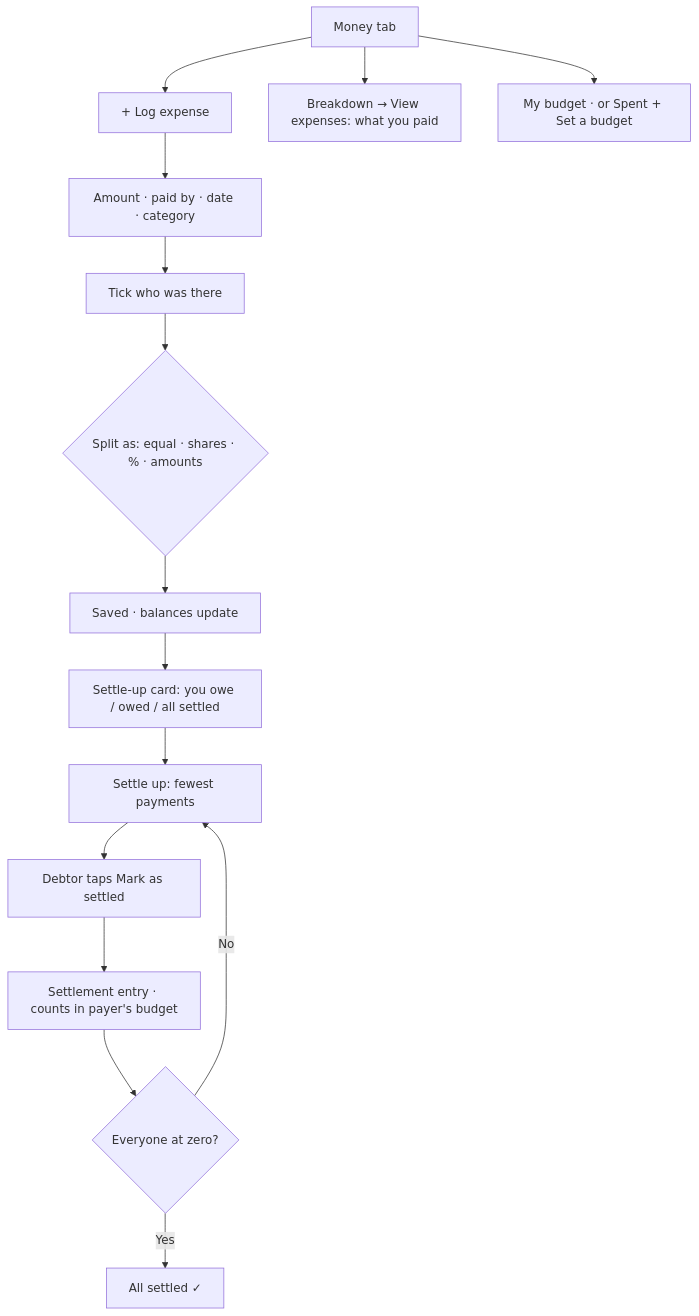
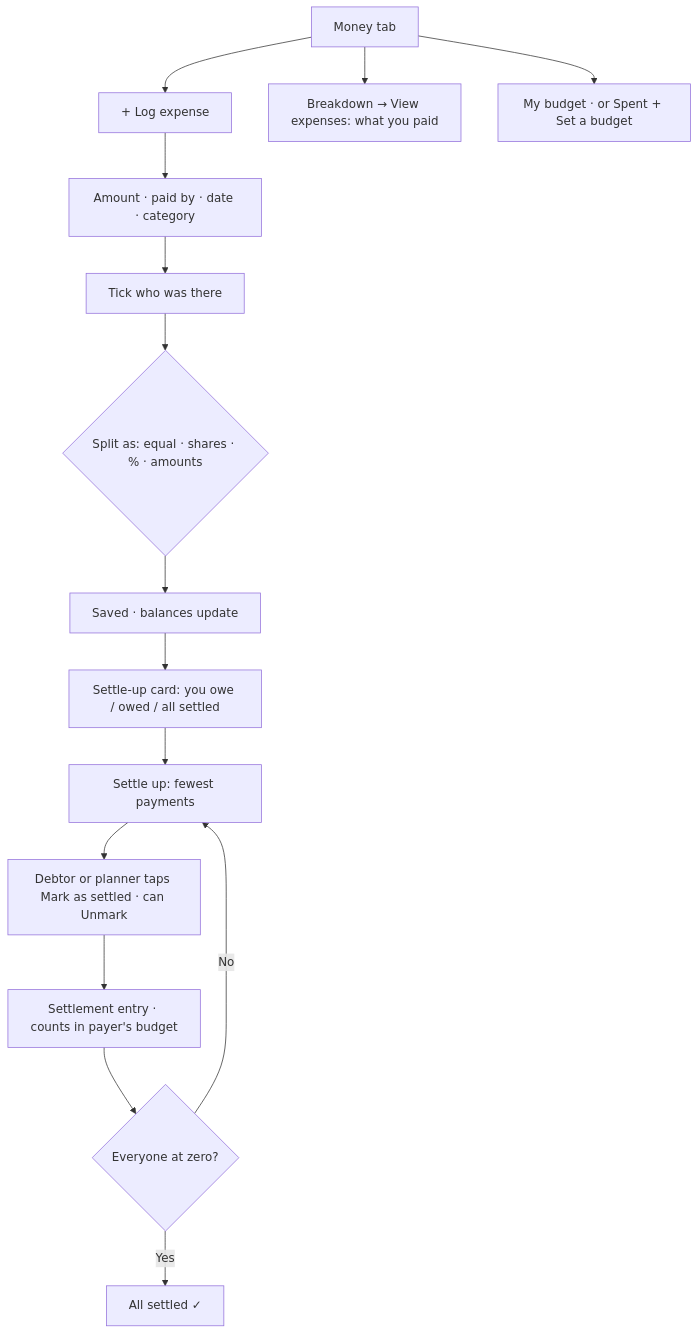
One commit to addsongtoplaylist/fargo changed the diagram in docs/EXPENSES.md. Above: the diagram before and after it, drawn with Mermaid. The commit also changed other lines of this file, not shown here.

Commit message:
docs: expenses D23–D25 — claim/unlink names, simpler settle up, mark/unmark rights

````diff
--- a/docs/EXPENSES.md
+++ b/docs/EXPENSES.md
@@ -155,17 +158,17 @@
 ```mermaid
 flowchart TD
   A[Money tab] --> B[+ Log expense]
   B --> C[Amount · paid by · date · category]
   C --> D[Tick who was there]
   D --> E{Split as: equal · shares · % · amounts}
   E --> F[Saved · balances update]
   F --> G[Settle-up card: you owe / owed / all settled]
   G --> H[Settle up: fewest payments]
-  H --> I[Debtor taps Mark as settled]
+  H --> I[Debtor or planner taps Mark as settled · can Unmark]
   I --> J[Settlement entry · counts in payer's budget]
   J --> K{Everyone at zero?}
   K -->|No| H
   K -->|Yes| L[All settled ✓]
   A --> M[Breakdown → View expenses: what you paid]
   A --> N[My budget · or Spent + Set a budget]
 ```
````
